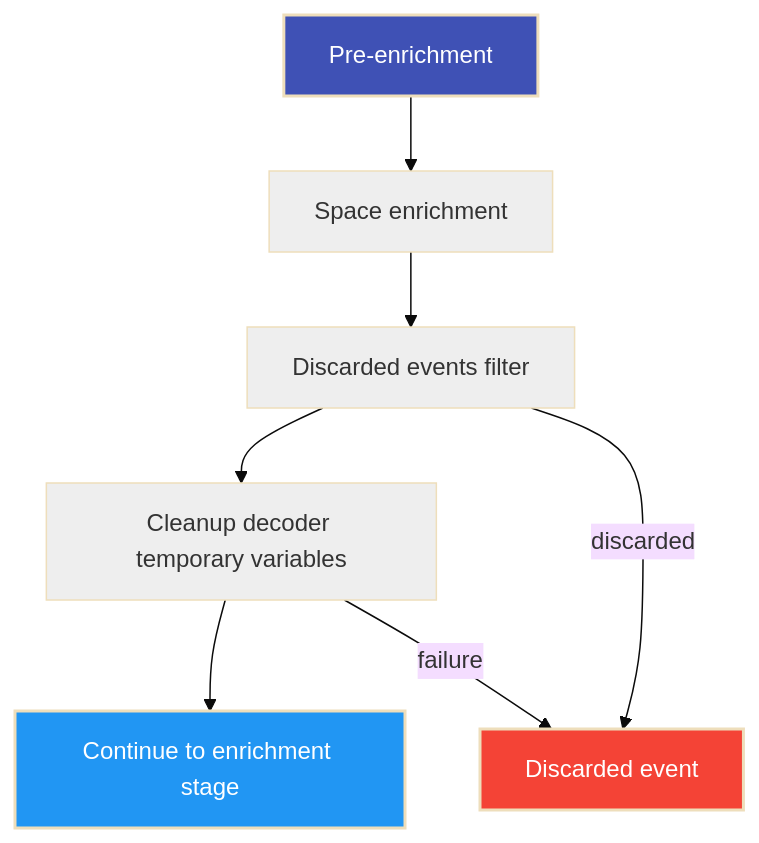
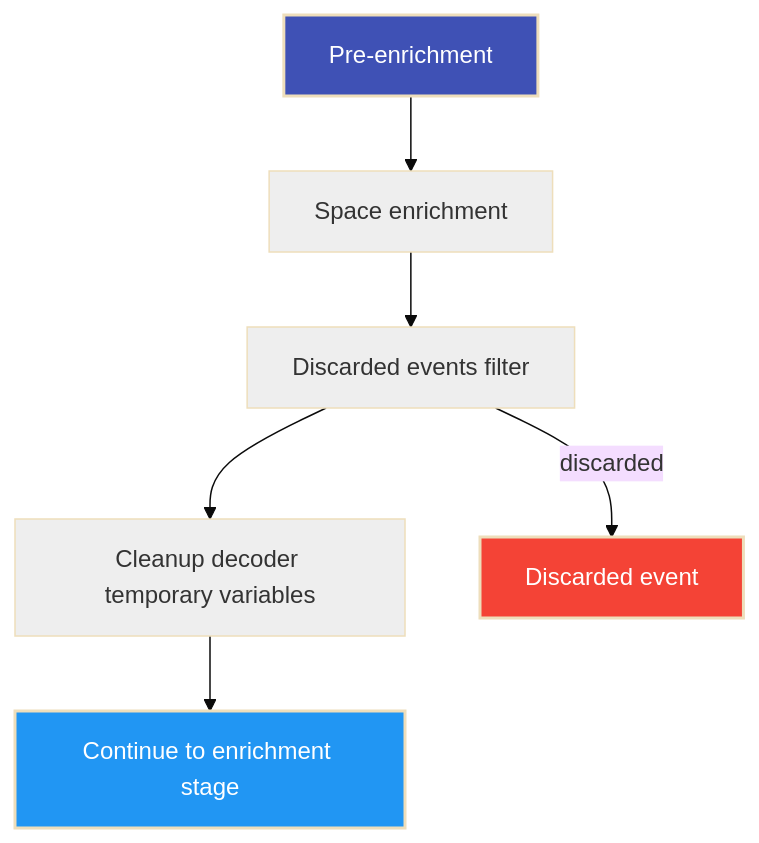
One commit to wazuh/wazuh changed the fifth of 19 diagrams in docs/ref/modules/engine/README.md. Above: the diagram before and after it, drawn with Mermaid (base theme). The commit also changed other lines of this file, not shown here.

Commit message:
feat: update data flow doc

````diff
--- a/docs/ref/modules/engine/README.md
+++ b/docs/ref/modules/engine/README.md
@@ -476,19 +475,18 @@
 ```mermaid
 flowchart TD
 
 classDef stage fill:#3f51b5,stroke-width:2px,color:#fff
 classDef op fill:#eeeeee,stroke-width:1px
 classDef fail fill:#f44336,stroke-width:2px,color:#fff
 classDef ok fill:#2196f3,stroke-width:2px,color:#fff
 
 pre["Pre-enrichment"]:::stage
 space["Space enrichment"]:::op
 discard["Discarded events filter"]:::op
 cleanup["Cleanup decoder temporary variables"]:::op
 success["Continue to enrichment stage"]:::ok
 discarded["Discarded event"]:::fail
 
 pre --> space --> discard --> cleanup --> success
 discard -->|discarded| discarded
-cleanup -->|failure| discarded
 ```
````
